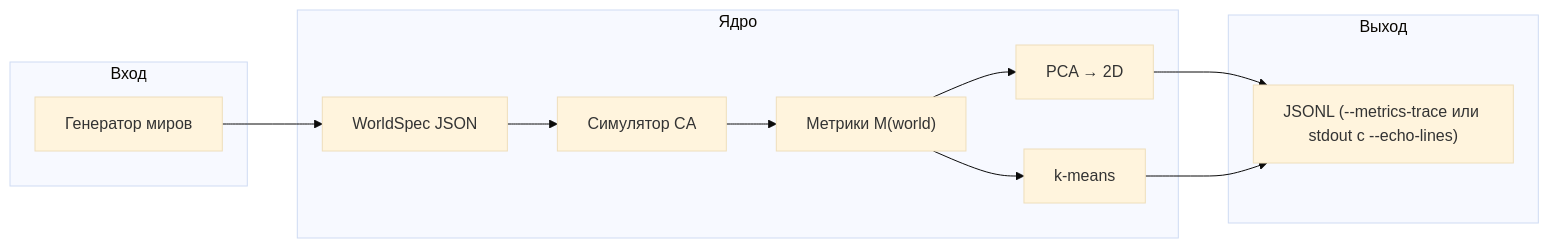
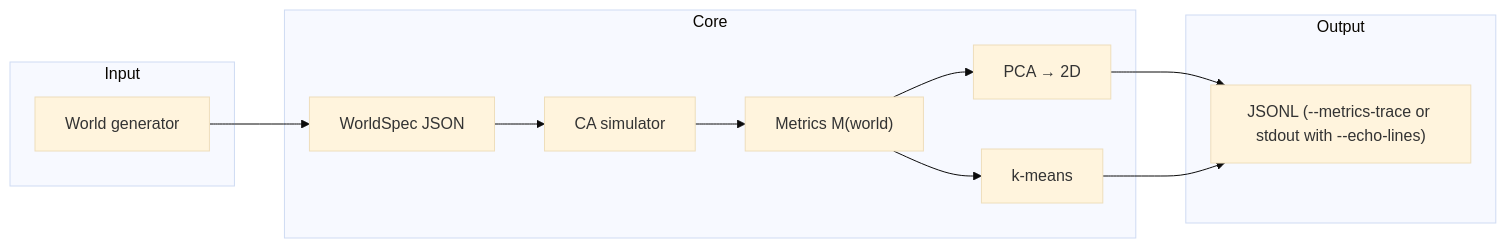
The first of 8 diagrams in docs/WORLDSPACE.md (Starovoitov/LifeManifold), drawn with Mermaid (base theme) before and after one commit. The commit also changed other lines of this file and 4 other files, not shown here.

````diff
--- a/docs/WORLDSPACE.md
+++ b/docs/WORLDSPACE.md
@@ -13,23 +15,23 @@
 ```mermaid
 flowchart LR
-  subgraph inputs["Вход"]
-    G["Генератор миров"]
+  subgraph inputs["Input"]
+    G["World generator"]
   end
-  subgraph core["Ядро"]
+  subgraph core["Core"]
     WS["WorldSpec JSON"]
-    SIM["Симулятор CA"]
-    MET["Метрики M(world)"]
+    SIM["CA simulator"]
+    MET["Metrics M(world)"]
     EMB["PCA → 2D"]
     CLU["k-means"]
   end
-  subgraph out["Выход"]
-    FILE["JSONL (--metrics-trace или stdout с --echo-lines)"]
+  subgraph out["Output"]
+    FILE["JSONL (--metrics-trace or stdout with --echo-lines)"]
   end
   G --> WS
   WS --> SIM
   SIM --> MET
   MET --> EMB
   MET --> CLU
   EMB --> FILE
   CLU --> FILE
 ```
````
